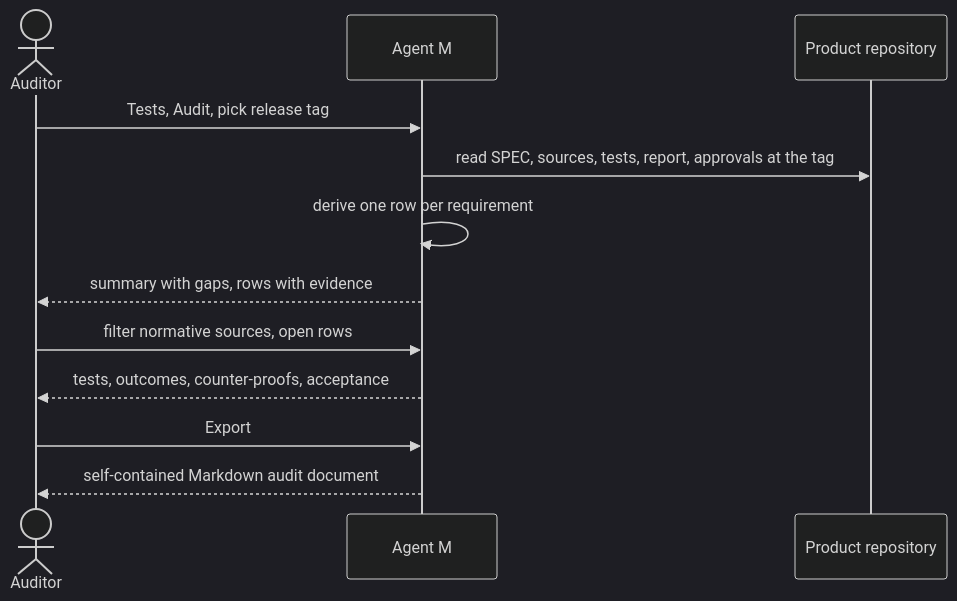
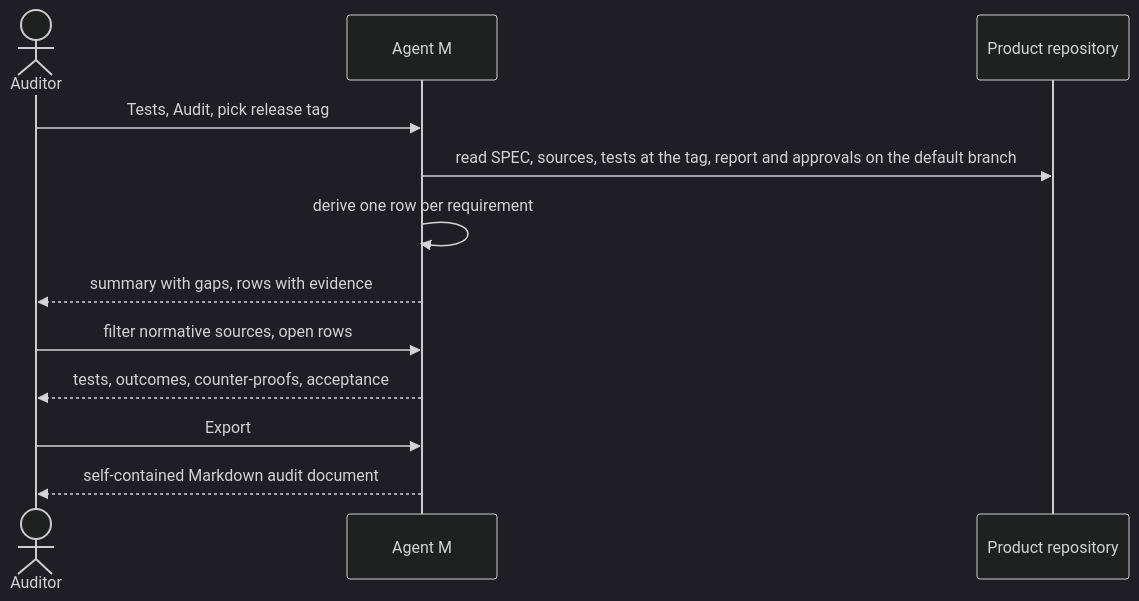
Before and after one commit to akmaier/agent-m: the diagram in docs/use-cases/UC-030-audit-the-tests-of-a-release.md, drawn with Mermaid (dark theme). The commit also changed other lines of this file and 3 other files, not shown here.

````diff
--- a/docs/use-cases/UC-030-audit-the-tests-of-a-release.md
+++ b/docs/use-cases/UC-030-audit-the-tests-of-a-release.md
@@ -76,14 +77,14 @@
 ```mermaid
 sequenceDiagram
     actor U as Auditor
     participant M as Agent M
     participant R as Product repository
     U->>M: Tests, Audit, pick release tag
-    M->>R: read SPEC, sources, tests, report, approvals at the tag
+    M->>R: read SPEC, sources, tests at the tag, report and approvals on the default branch
     M->>M: derive one row per requirement
     M-->>U: summary with gaps, rows with evidence
     U->>M: filter normative sources, open rows
     M-->>U: tests, outcomes, counter-proofs, acceptance
     U->>M: Export
     M-->>U: self-contained Markdown audit document
 ```
````
